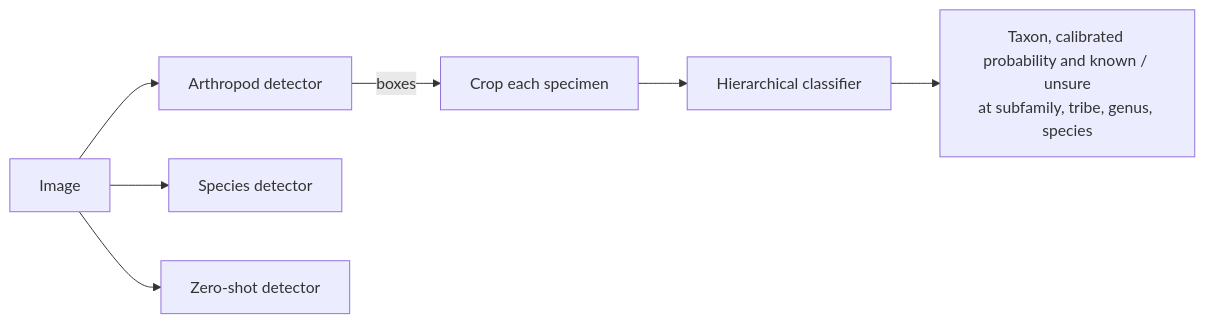
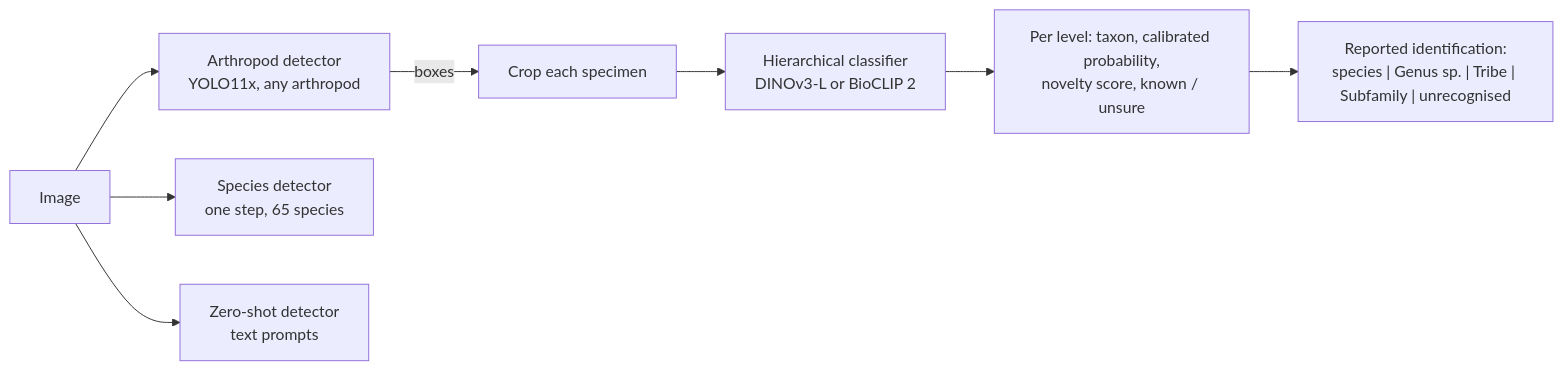
One commit to ChristopherMarais/IBBI changed the diagram in docs/index.md. Above: the diagram before and after it, drawn with Mermaid. The commit also changed other lines of this file and 26 other files, not shown here.

````diff
--- a/docs/index.md
+++ b/docs/index.md
@@ -26,9 +63,10 @@
 ```mermaid
 flowchart LR
-    A[Image] --> B[Arthropod detector]
+    A[Image] --> B[Arthropod detector<br/>YOLO11x, any arthropod]
     B -->|boxes| C[Crop each specimen]
-    C --> D[Hierarchical classifier]
-    D --> E["Taxon, calibrated probability and known / unsure<br/>at subfamily, tribe, genus, species"]
-    A --> G[Species detector]
-    A --> H[Zero-shot detector]
+    C --> D[Hierarchical classifier<br/>DINOv3-L or BioCLIP 2]
+    D --> E["Per level: taxon, calibrated probability,<br/>novelty score, known / unsure"]
+    E --> F["Reported identification:<br/>species | Genus sp. | Tribe | Subfamily | unrecognised"]
+    A --> G[Species detector<br/>one step, 65 species]
+    A --> H[Zero-shot detector<br/>text prompts]
 ```
````
